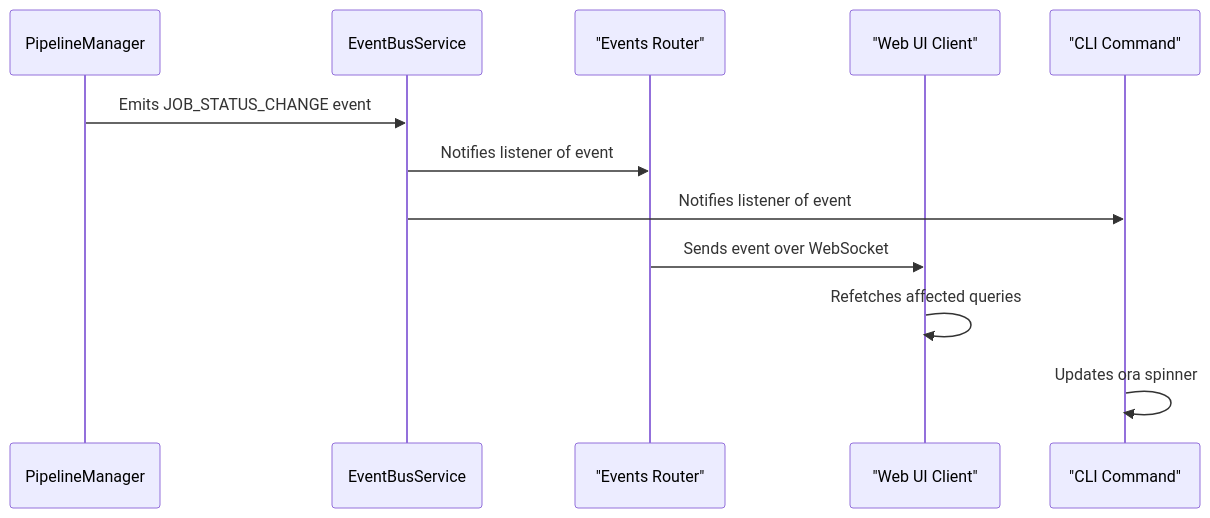
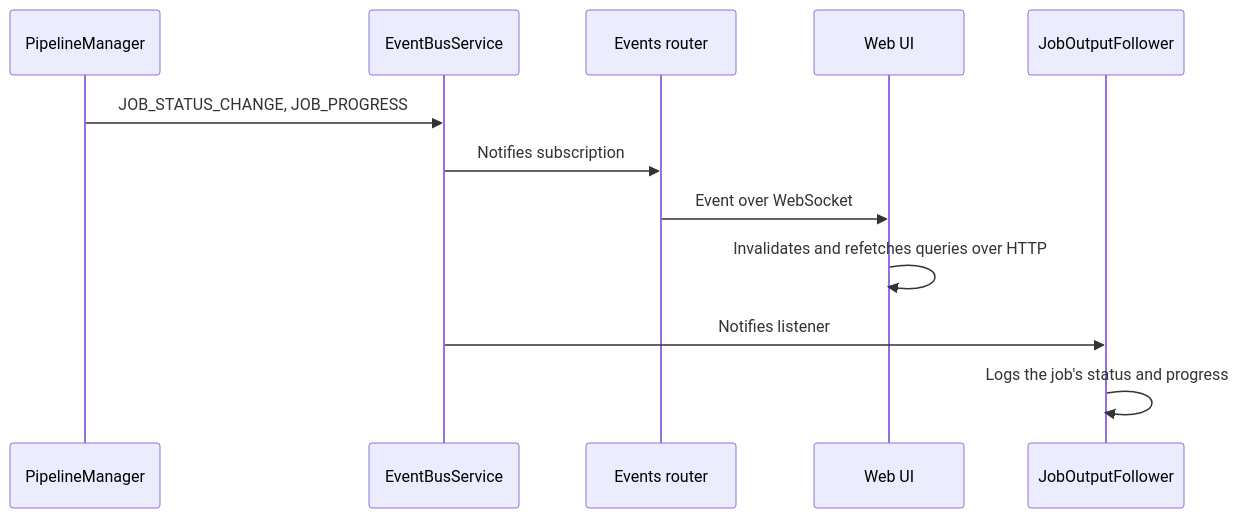
One commit to arabold/docs-mcp-server changed the first of 2 diagrams in docs/concepts/eventbus-architecture.md. Above: the diagram before and after it, drawn with Mermaid. The commit also changed other lines of this file and 32 other files, not shown here.

````diff
--- a/docs/concepts/eventbus-architecture.md
+++ b/docs/concepts/eventbus-architecture.md
@@ -28,15 +29,15 @@
 ```mermaid
 sequenceDiagram
-    participant PipelineManager
-    participant EventBusService
-    participant EventsRouter as "Events Router"
-    participant WebUI as "Web UI Client"
-    participant CLI as "CLI Command"
+    participant PM as PipelineManager
+    participant Bus as EventBusService
+    participant Router as Events router
+    participant UI as Web UI
+    participant CLI as JobOutputFollower
 
-    PipelineManager->>EventBusService: Emits JOB_STATUS_CHANGE event
-    EventBusService->>EventsRouter: Notifies listener of event
-    EventBusService->>CLI: Notifies listener of event
-    EventsRouter->>WebUI: Sends event over WebSocket
-    WebUI->>WebUI: Refetches affected queries
-    CLI->>CLI: Updates ora spinner
+    PM->>Bus: JOB_STATUS_CHANGE, JOB_PROGRESS
+    Bus->>Router: Notifies subscription
+    Router->>UI: Event over WebSocket
+    UI->>UI: Invalidates and refetches queries over HTTP
+    Bus->>CLI: Notifies listener
+    CLI->>CLI: Logs the job's status and progress
 ```
````
